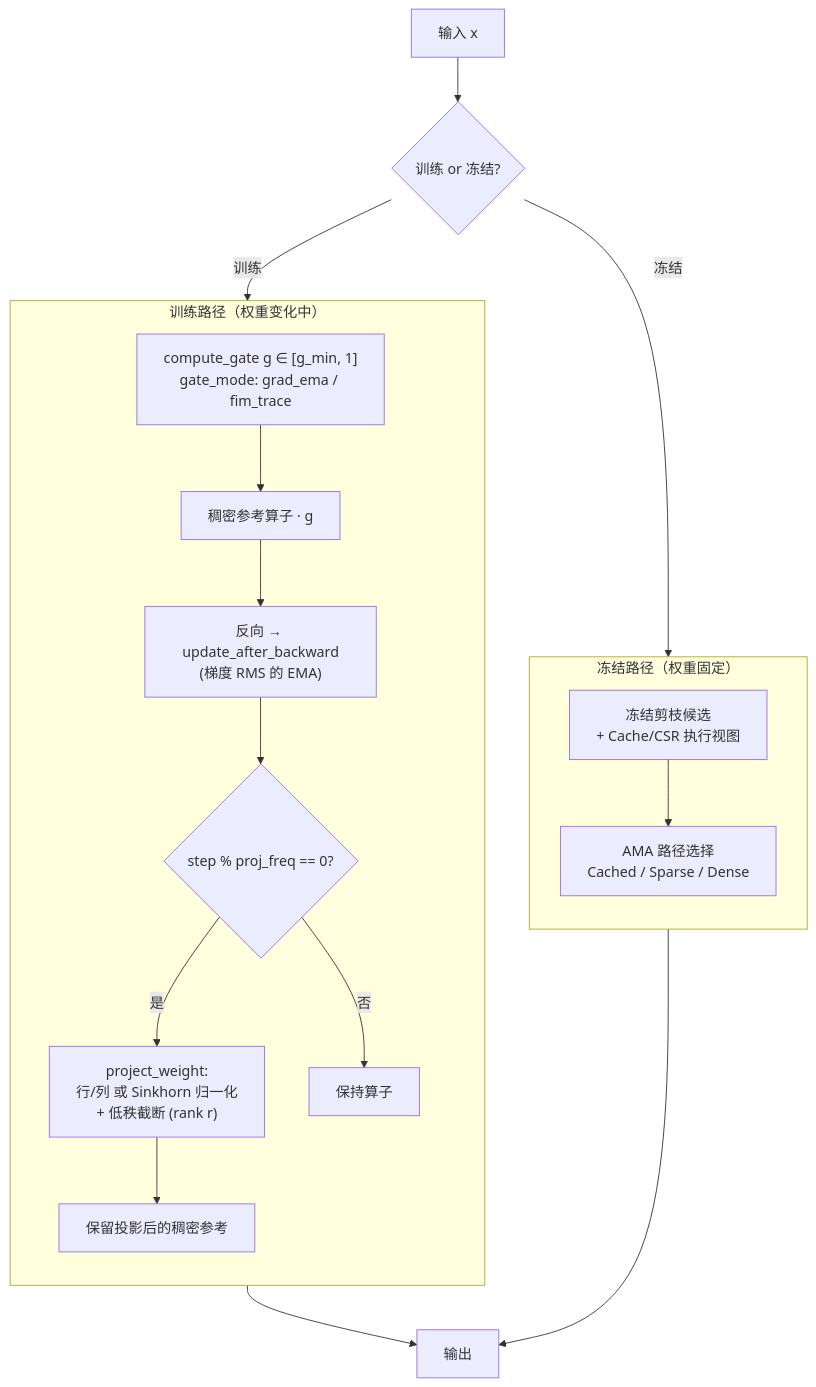
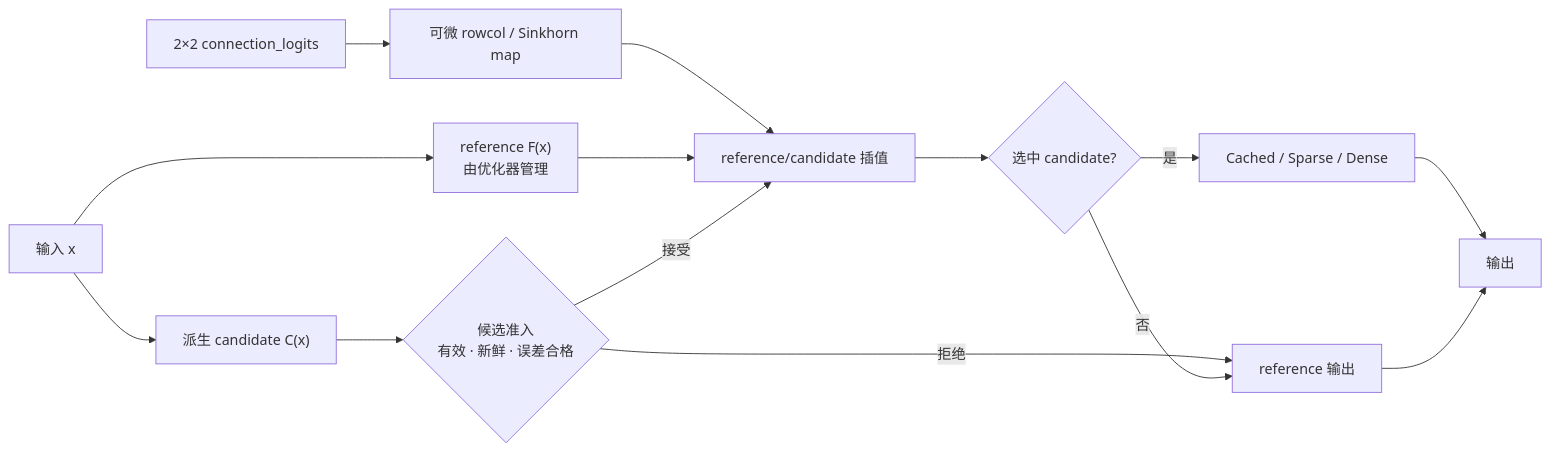
One commit to zayokami/Talos-XII changed the second of 2 diagrams in README.md. Above: the diagram before and after it, drawn with Mermaid. The commit also changed other lines of this file and 15 other files, not shown here.

````diff
--- a/README.md
+++ b/README.md
@@ -391,24 +367,17 @@
 ```mermaid
-flowchart TD
-    X["输入 x"] --> G{"训练 or 冻结?"}
-
-    subgraph TRAIN["训练路径（权重变化中）"]
-        direction TB
-        CG["compute_gate&nbsp;g&nbsp;∈&nbsp;[g_min,&nbsp;1]<br/>gate_mode: grad_ema / fim_trace"] --> ACTIVE["稠密参考算子 · g"]
-        ACTIVE --> BWD["反向 → update_after_backward<br/>(梯度 RMS 的 EMA)"]
-        BWD --> PROJ{"step % proj_freq == 0?"}
-        PROJ -- 是 --> MANI["project_weight:<br/>行/列 或 Sinkhorn 归一化<br/>+ 低秩截断 (rank r)"]
-        MANI --> KEEP["保留投影后的稠密参考"]
-        PROJ -- 否 --> SKIP["保持算子"]
-    end
-
-    subgraph INFER["冻结路径（权重固定）"]
-        direction TB
-        FUSE["冻结剪枝候选<br/>+ Cache/CSR 执行视图"] --> AMA["AMA 路径选择<br/>Cached / Sparse / Dense"]
-    end
-
-    G -- 训练 --> TRAIN
-    G -- 冻结 --> INFER
-    TRAIN --> OUT["输出"]
-    INFER --> OUT
+flowchart LR
+    X["输入 x"] --> REF["reference F(x)<br/>由优化器管理"]
+    X --> CAND["派生 candidate C(x)"]
+    ENTRY{"候选准入<br/>有效 · 新鲜 · 误差合格"}
+    CAND --> ENTRY
+    LOGITS["2×2 connection_logits"] --> MAP["可微 rowcol / Sinkhorn map"]
+    MAP --> QUALITY["reference/candidate 插值"]
+    REF --> QUALITY
+    ENTRY -- 拒绝 --> REFOUT["reference 输出"]
+    ENTRY -- 接受 --> QUALITY
+    QUALITY --> SELECT{"选中 candidate?"}
+    SELECT -- 否 --> REFOUT
+    SELECT -- 是 --> ROUTE["Cached / Sparse / Dense"]
+    ROUTE --> OUT["输出"]
+    REFOUT --> OUT
 ```
````
